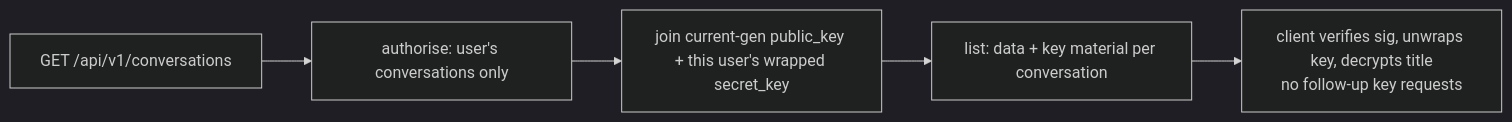
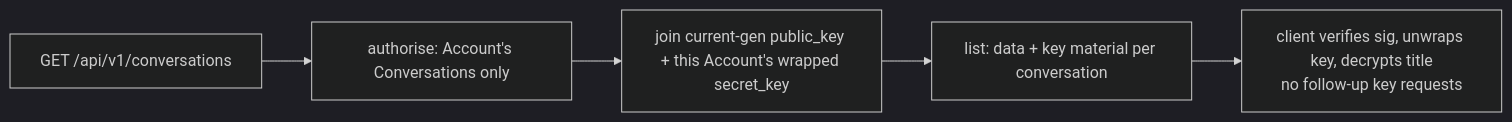
One commit to cognos-io/chat.cognos.io changed the diagram in docs/business_processes/conversation-load.md. Above: the diagram before and after it, drawn with Mermaid (dark theme). The commit also changed other lines of this file and 67 other files, not shown here.

````diff
--- a/docs/business_processes/conversation-load.md
+++ b/docs/business_processes/conversation-load.md
@@ -34,7 +36,7 @@
 ```mermaid
 flowchart LR
-  Q[GET /api/v1/conversations] --> A[authorise: user's conversations only]
-  A --> J[join current-gen public_key + this user's wrapped secret_key]
+  Q[GET /api/v1/conversations] --> A[authorise: Account's Conversations only]
+  A --> J[join current-gen public_key + this Account's wrapped secret_key]
   J --> R[list: data + key material per conversation]
   R --> D[client verifies sig, unwraps key, decrypts title<br/>no follow-up key requests]
 ```
````
